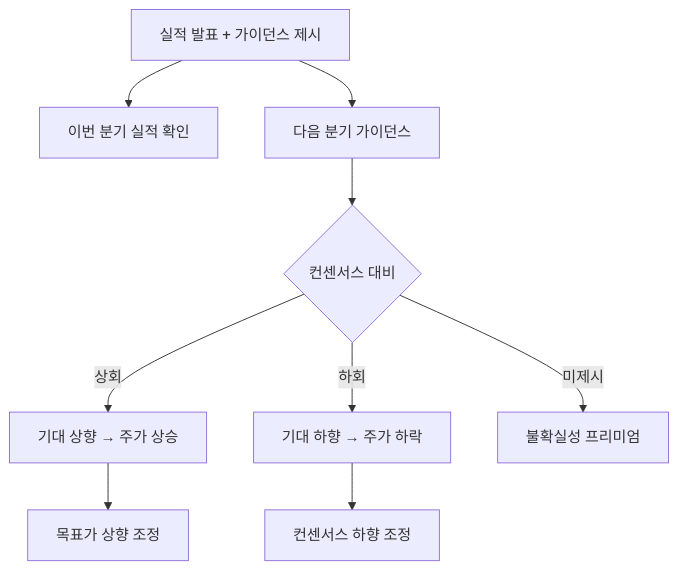
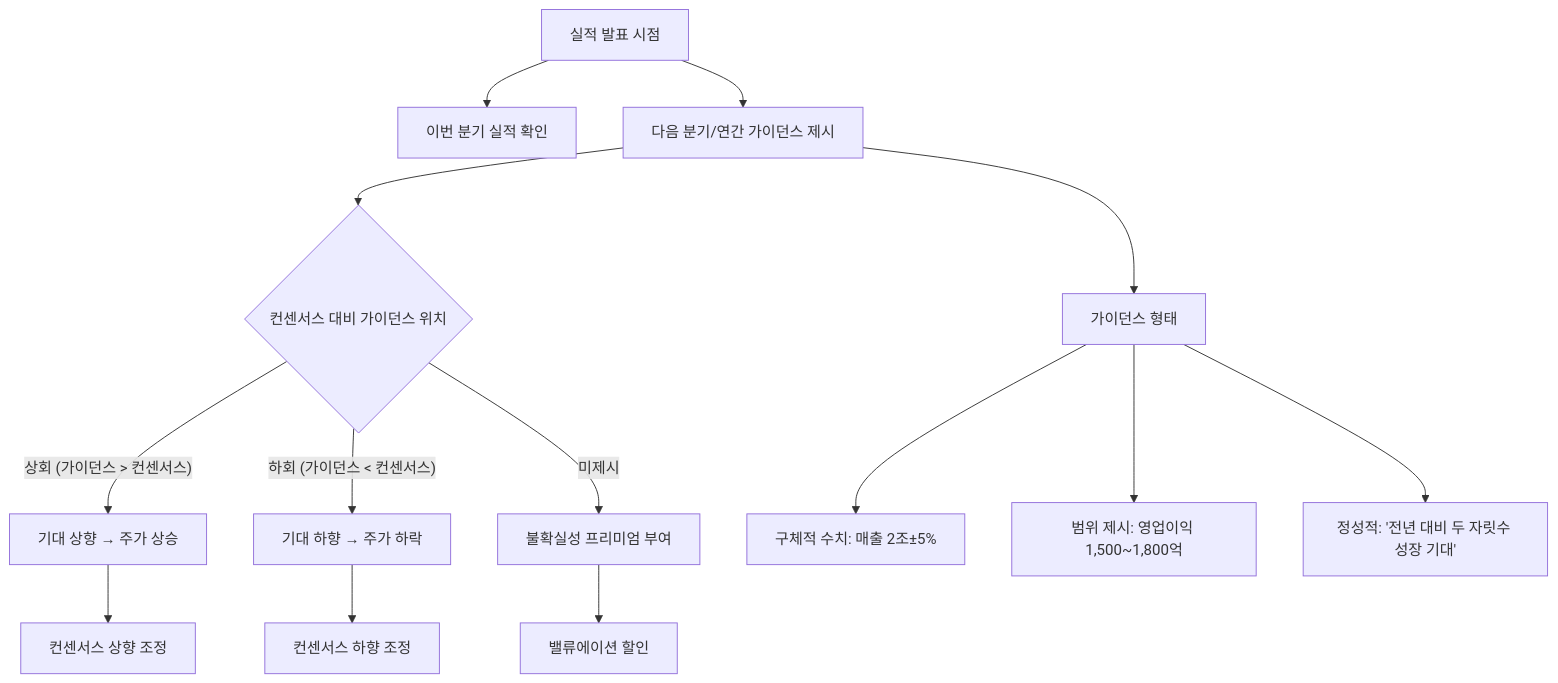
The diagram in content/stock-terms/ko/level-08-industry-macro/guidance.md (yeongseon/stock-visual-note), drawn with Mermaid before and after one commit. The commit also changed other lines of this file and 9 other files, not shown here.

Commit message:
content: rewrite level-08 (10 articles) — richer diagrams, realistic scenarios, blog tone

````diff
--- a/content/stock-terms/ko/level-08-industry-macro/guidance.md
+++ b/content/stock-terms/ko/level-08-industry-macro/guidance.md
@@ -42,12 +43,17 @@
 ```mermaid
 graph TD
-    A["실적 발표 + 가이던스 제시"]
+    A["실적 발표 시점"]
     A --> B["이번 분기 실적 확인"]
-    A --> C["다음 분기 가이던스"]
-    C --> D{"컨센서스 대비"}
-    D -->|"상회"| E["기대 상향 → 주가 상승"]
-    D -->|"하회"| F["기대 하향 → 주가 하락"]
-    D -->|"미제시"| G["불확실성 프리미엄"]
-    E --> H["목표가 상향 조정"]
+    A --> C["다음 분기/연간 가이던스 제시"]
+    C --> D{"컨센서스 대비 가이던스 위치"}
+    D -->|"상회 (가이던스 > 컨센서스)"| E["기대 상향 → 주가 상승"]
+    D -->|"하회 (가이던스 < 컨센서스)"| F["기대 하향 → 주가 하락"]
+    D -->|"미제시"| G["불확실성 프리미엄 부여"]
+    E --> H["컨센서스 상향 조정"]
     F --> I["컨센서스 하향 조정"]
+    G --> J["밸류에이션 할인"]
+    C --> K["가이던스 형태"]
+    K --> K1["구체적 수치: 매출 2조±5%"]
+    K --> K2["범위 제시: 영업이익 1,500~1,800억"]
+    K --> K3["정성적: '전년 대비 두 자릿수 성장 기대'"]
 ```
````
